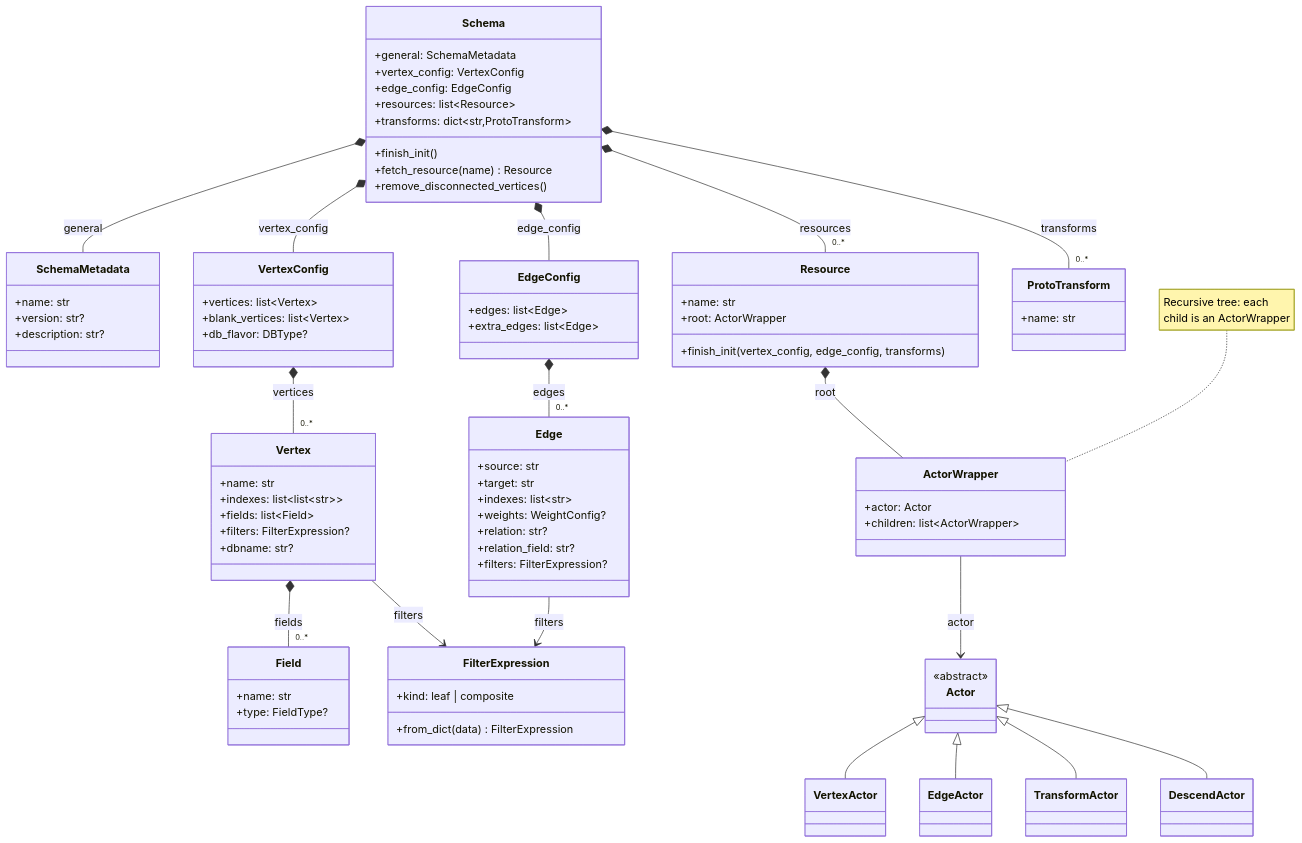
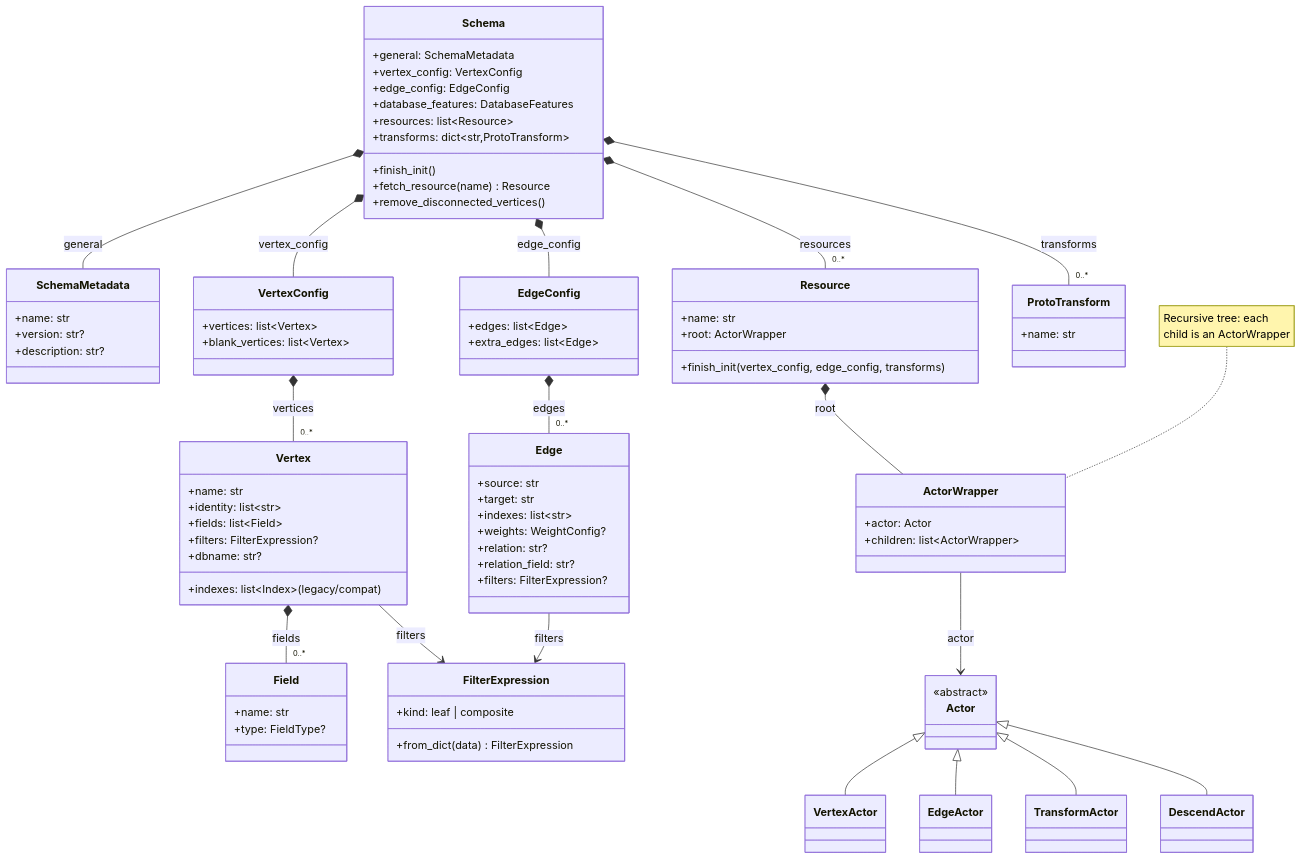
One commit to growgraph/graflo changed the fourth of 6 diagrams in docs/concepts/index.md. Above: the diagram before and after it, drawn with Mermaid. The commit also changed other lines of this file and 49 other files, not shown here.

First line of the commit message:
187 improve graph semantics (#188)

```diff
--- a/docs/concepts/index.md
+++ b/docs/concepts/index.md
@@ -147,6 +169,7 @@
         +general: SchemaMetadata
         +vertex_config: VertexConfig
         +edge_config: EdgeConfig
+        +database_features: DatabaseFeatures
         +resources: list~Resource~
         +transforms: dict~str,ProtoTransform~
         +finish_init()
@@ -163,12 +186,12 @@
     class VertexConfig {
         +vertices: list~Vertex~
         +blank_vertices: list~Vertex~
-        +db_flavor: DBType?
     }
 
     class Vertex {
         +name: str
-        +indexes: list~list~str~~
+        +identity: list~str~
+        +indexes: list~Index~ (legacy/compat)
         +fields: list~Field~
         +filters: FilterExpression?
         +dbname: str?
```
